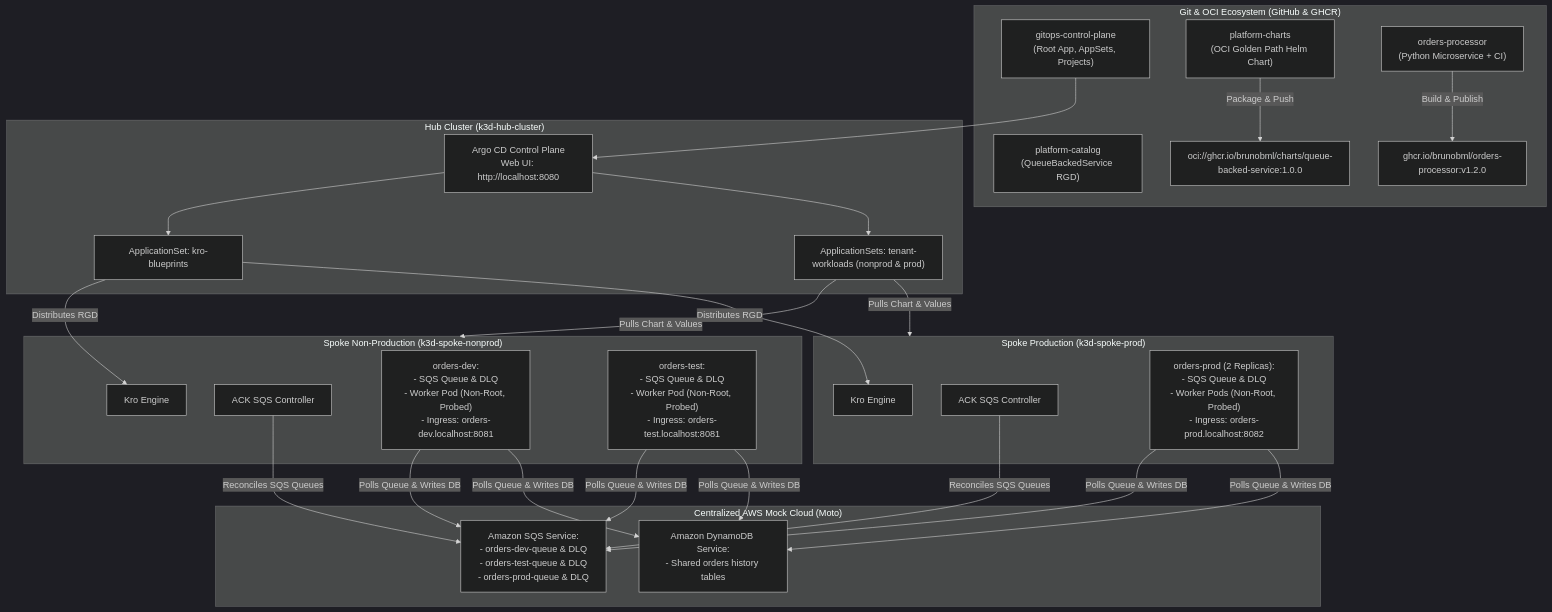
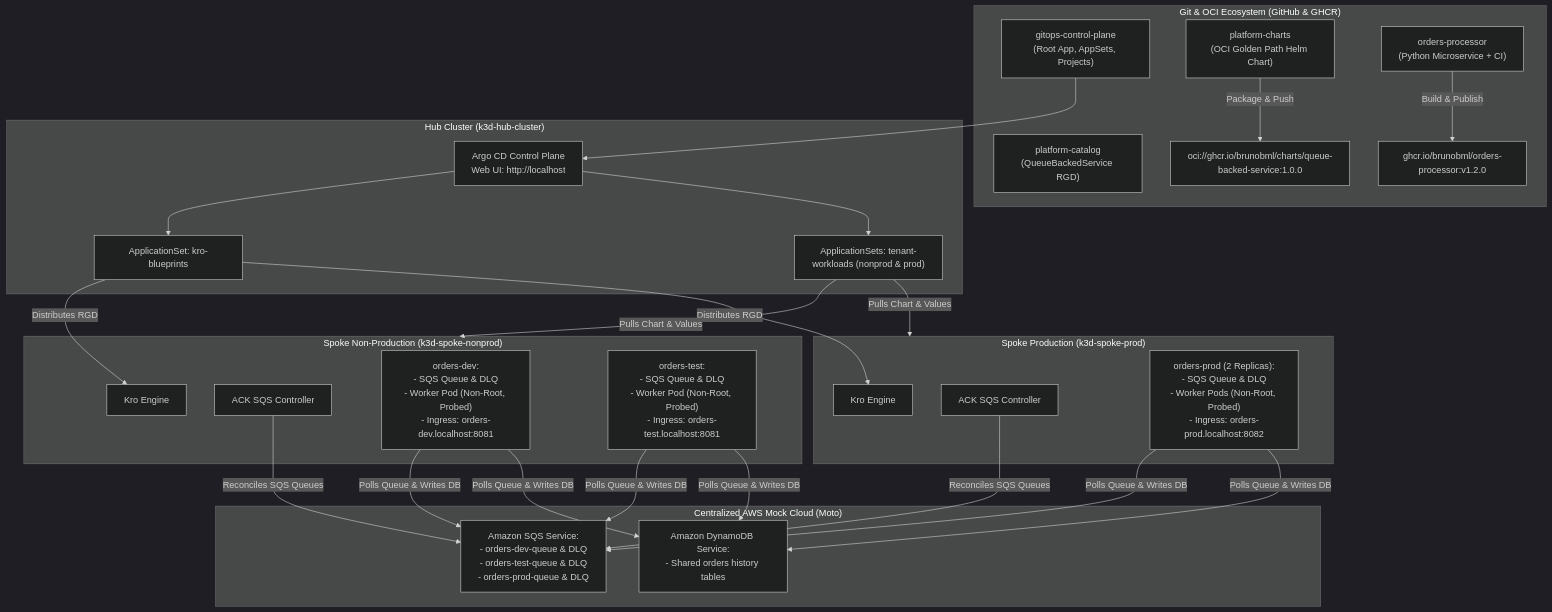
The first of 2 diagrams in docs/aws-well-architected-production-guide.md (brunobml/gitops-control-plane), drawn with Mermaid (dark theme) before and after one commit. The commit also changed 31 other files, not shown here.

Commit message:
feat(track-i): hub on ports 80/443 with portless URLs; *.localhost resolves to Traefik in-cluster; Keycloak reachable only via Traefik; lab TLS certificate (mkcert or self-signed fallback) with HTTPS->HTTP redirect; CI sso-urls guard (2026-10-03 plan v1.1, I.1/I.2/I.4, R-9..R-12)

````diff
--- a/docs/aws-well-architected-production-guide.md
+++ b/docs/aws-well-architected-production-guide.md
@@ -15,55 +15,55 @@
 ```mermaid
 flowchart TD
     subgraph GitEcosystem ["Git & OCI Ecosystem (GitHub & GHCR)"]
         GCP["gitops-control-plane\n(Root App, AppSets, Projects)"]
         PC["platform-catalog\n(QueueBackedService RGD)"]
         PCharts["platform-charts\n(OCI Golden Path Helm Chart)"]
         AppRepo["orders-processor\n(Python Microservice + CI)"]
         GHCR_App["ghcr.io/brunobml/orders-processor:v1.2.0"]
         GHCR_Chart["oci://ghcr.io/brunobml/charts/queue-backed-service:1.0.0"]
     end
 
     subgraph HubCluster ["Hub Cluster (k3d-hub-cluster)"]
-        ArgoCD["Argo CD Control Plane\nWeb UI: http://localhost:8080"]
+        ArgoCD["Argo CD Control Plane\nWeb UI: http://localhost"]
         AppSetBlueprints["ApplicationSet: kro-blueprints"]
         AppSetWorkloads["ApplicationSets: tenant-workloads (nonprod & prod)"]
     end
 
     subgraph SpokeNonProd ["Spoke Non-Production (k3d-spoke-nonprod)"]
         KroNP["Kro Engine"]
         AckNP["ACK SQS Controller"]
         OrdersDev["orders-dev:\n- SQS Queue & DLQ\n- Worker Pod (Non-Root, Probed)\n- Ingress: orders-dev.localhost:8081"]
         OrdersTest["orders-test:\n- SQS Queue & DLQ\n- Worker Pod (Non-Root, Probed)\n- Ingress: orders-test.localhost:8081"]
     end
 
     subgraph SpokeProd ["Spoke Production (k3d-spoke-prod)"]
         KroP["Kro Engine"]
         AckP["ACK SQS Controller"]
         OrdersProd["orders-prod (2 Replicas):\n- SQS Queue & DLQ\n- Worker Pods (Non-Root, Probed)\n- Ingress: orders-prod.localhost:8082"]
     end
 
     subgraph MockCloud ["Centralized AWS Mock Cloud (Moto)"]
         MotoSQS["Amazon SQS Service:\n- orders-dev-queue & DLQ\n- orders-test-queue & DLQ\n- orders-prod-queue & DLQ"]
         MotoDDB["Amazon DynamoDB Service:\n- Shared orders history tables"]
     end
 
     AppRepo -->|Build & Publish| GHCR_App
     PCharts -->|Package & Push| GHCR_Chart
     
     GCP --> ArgoCD
     ArgoCD --> AppSetBlueprints
     ArgoCD --> AppSetWorkloads
 
     AppSetBlueprints -->|Distributes RGD| KroNP
     AppSetBlueprints -->|Distributes RGD| KroP
 
     AppSetWorkloads -->|Pulls Chart & Values| SpokeNonProd
     AppSetWorkloads -->|Pulls Chart & Values| SpokeProd
 
     AckNP -->|Reconciles SQS Queues| MotoSQS
     AckP -->|Reconciles SQS Queues| MotoSQS
 
     OrdersDev -->|Polls Queue & Writes DB| MotoSQS & MotoDDB
     OrdersTest -->|Polls Queue & Writes DB| MotoSQS & MotoDDB
     OrdersProd -->|Polls Queue & Writes DB| MotoSQS & MotoDDB
 ```
````
